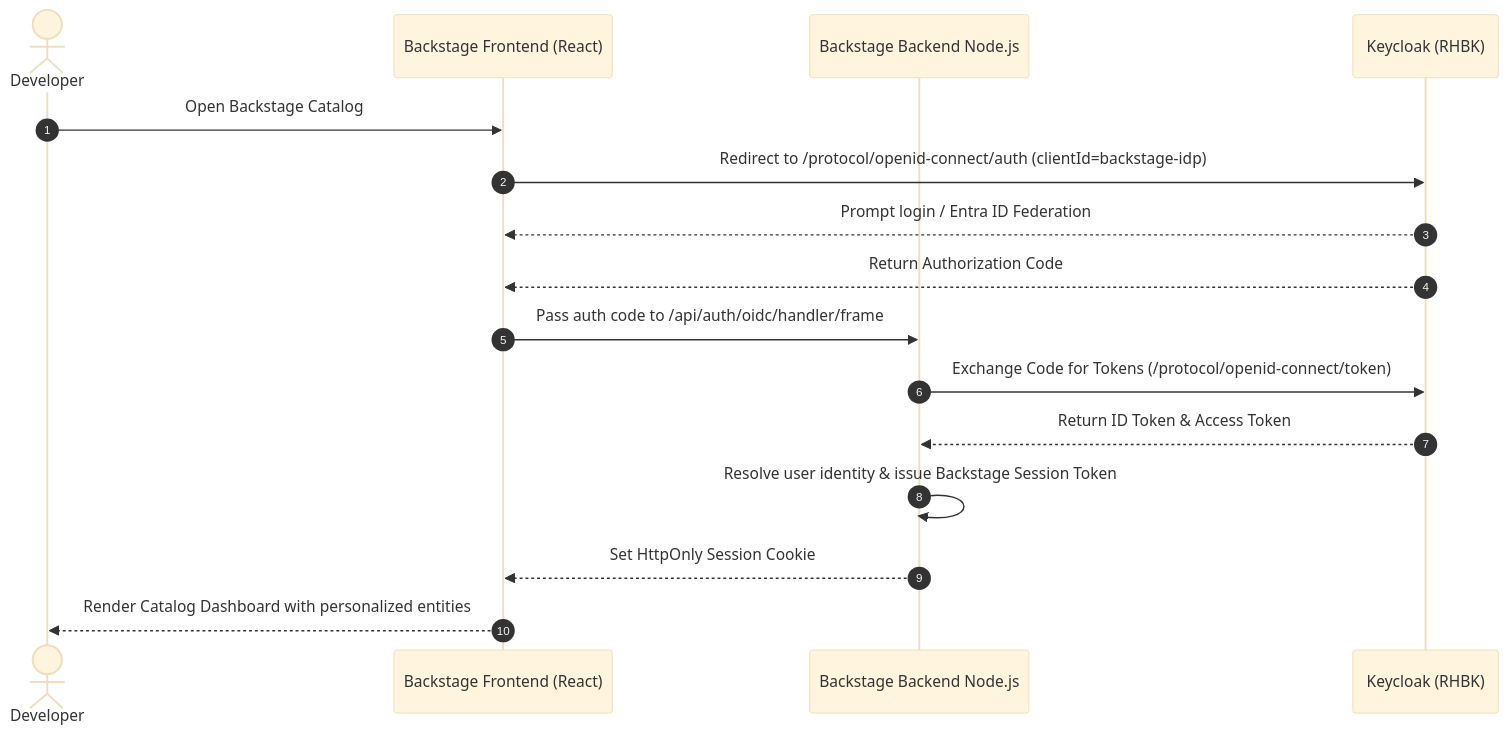
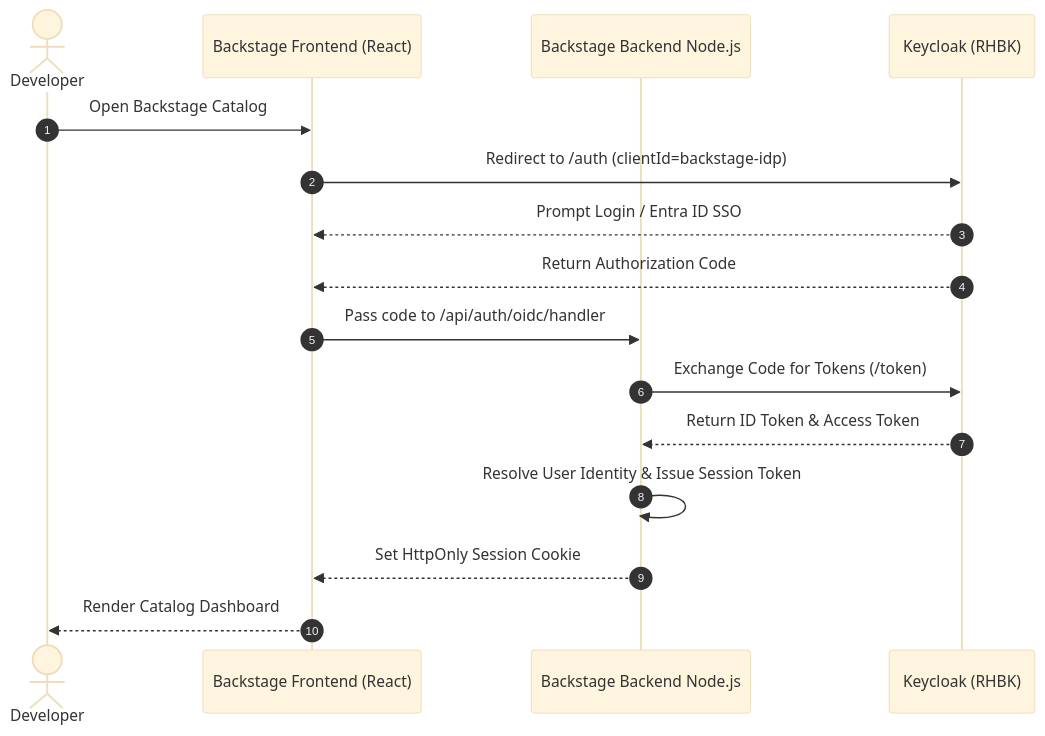
The diagram in apps/backstage-idp/README.md (nubenetes/keycloak-openshift-2026), drawn with Mermaid (base theme) before and after one commit. The commit also changed 11 other files, not shown here.

Commit message:
fix(docs): optimize Mermaid architecture and sequence diagrams with text-wrapped node labels and improved layout

````diff
--- a/apps/backstage-idp/README.md
+++ b/apps/backstage-idp/README.md
@@ -9,19 +9,19 @@
 ```mermaid
 sequenceDiagram
     autonumber
     actor Dev as Developer
     participant BS_UI as Backstage Frontend (React)
     participant BS_BE as Backstage Backend Node.js
     participant KC as Keycloak (RHBK)
 
     Dev->>BS_UI: Open Backstage Catalog
-    BS_UI->>KC: Redirect to /protocol/openid-connect/auth (clientId=backstage-idp)
-    KC-->>BS_UI: Prompt login / Entra ID Federation
+    BS_UI->>KC: Redirect to /auth (clientId=backstage-idp)
+    KC-->>BS_UI: Prompt Login / Entra ID SSO
     KC-->>BS_UI: Return Authorization Code
-    BS_UI->>BS_BE: Pass auth code to /api/auth/oidc/handler/frame
-    BS_BE->>KC: Exchange Code for Tokens (/protocol/openid-connect/token)
+    BS_UI->>BS_BE: Pass code to /api/auth/oidc/handler
+    BS_BE->>KC: Exchange Code for Tokens (/token)
     KC-->>BS_BE: Return ID Token & Access Token
-    BS_BE->>BS_BE: Resolve user identity & issue Backstage Session Token
+    BS_BE->>BS_BE: Resolve User Identity & Issue Session Token
     BS_BE-->>BS_UI: Set HttpOnly Session Cookie
-    BS_UI-->>Dev: Render Catalog Dashboard with personalized entities
+    BS_UI-->>Dev: Render Catalog Dashboard
 ```
````
